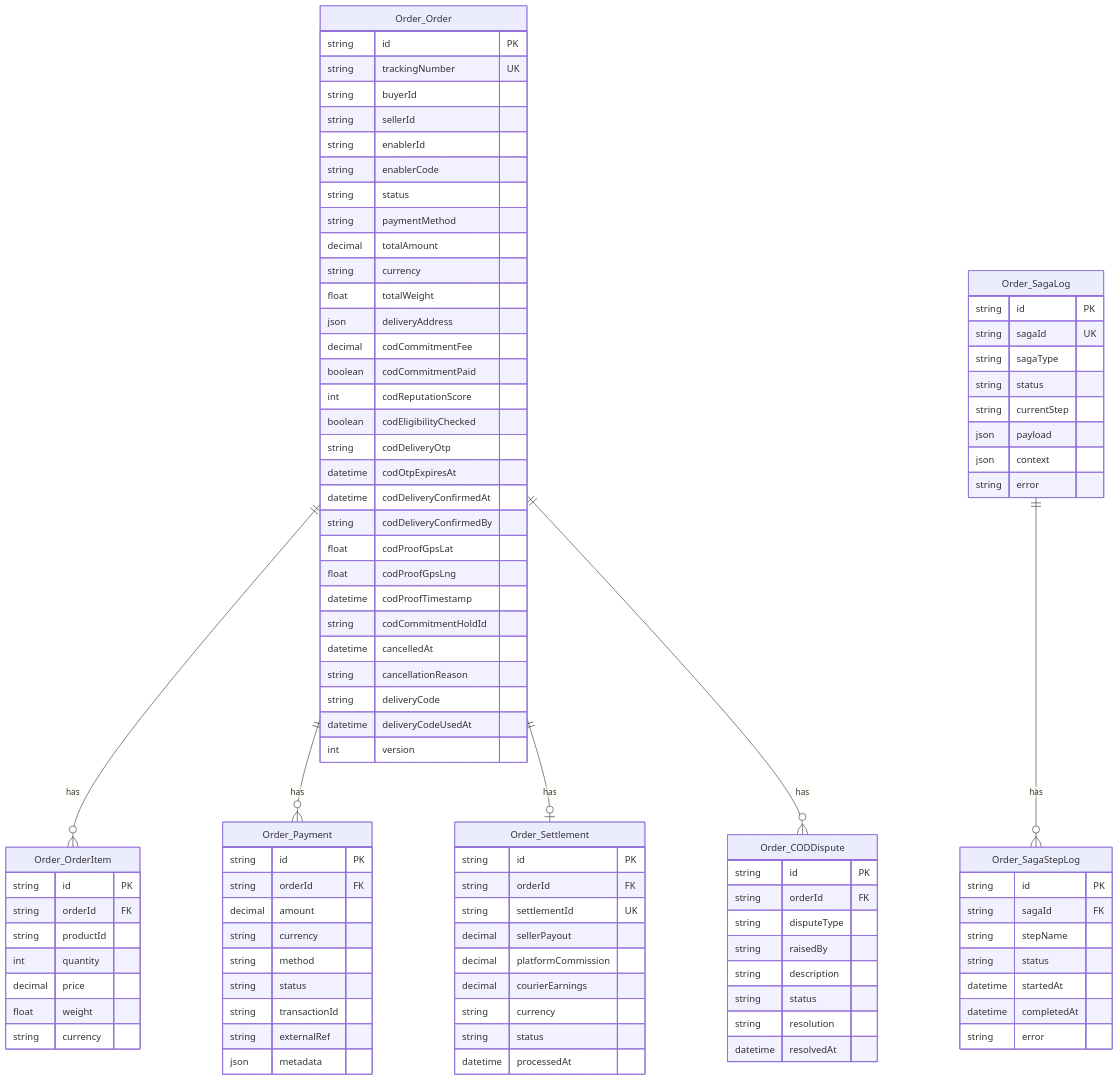
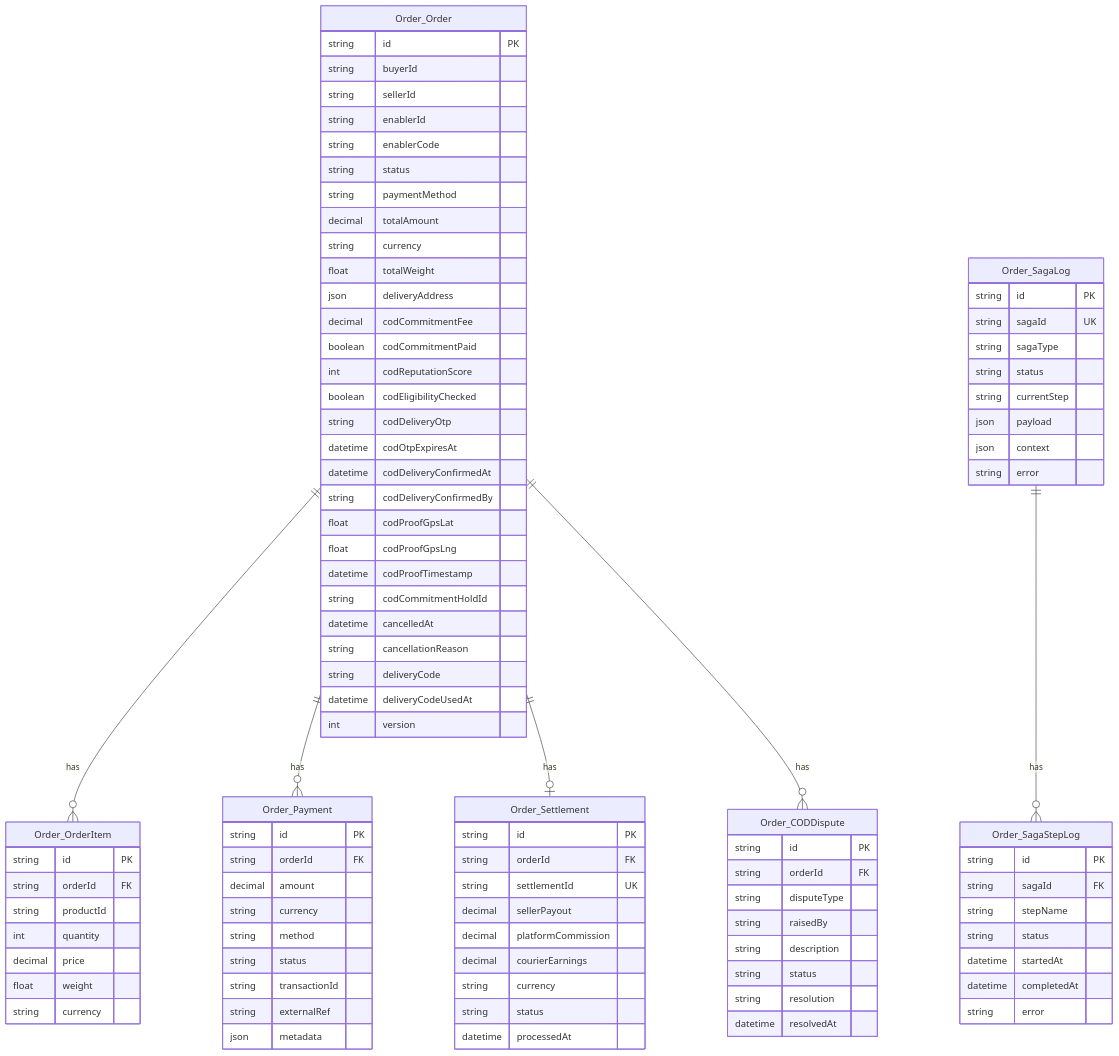
The sixth of 23 diagrams in docs/architecture/database-relationship-diagrams.md (maysar-014/maysar-express-backend), drawn with Mermaid before and after one commit. The commit also changed other lines of this file and 312 other files, not shown here.

````diff
--- a/docs/architecture/database-relationship-diagrams.md
+++ b/docs/architecture/database-relationship-diagrams.md
@@ -591,8 +590,10 @@
 ```mermaid
 erDiagram
+    %% Order numbers (ORD-YYYYMMDD-NLNL) identify the WHOLE order for its lifecycle; the
+    %% order-level tracking number column is retired. Each shipment carries its own
+    %% independent tracking number (TRK-NLNLNL) on Logistics_Shipment.
     Order_Order {
         string id PK
-        string trackingNumber UK
         string buyerId
         string sellerId
         string enablerId
````
